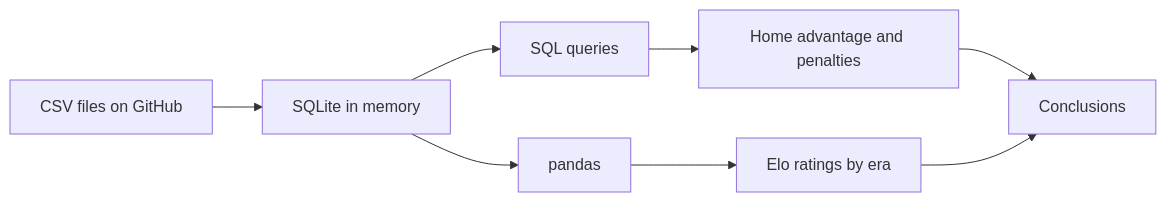
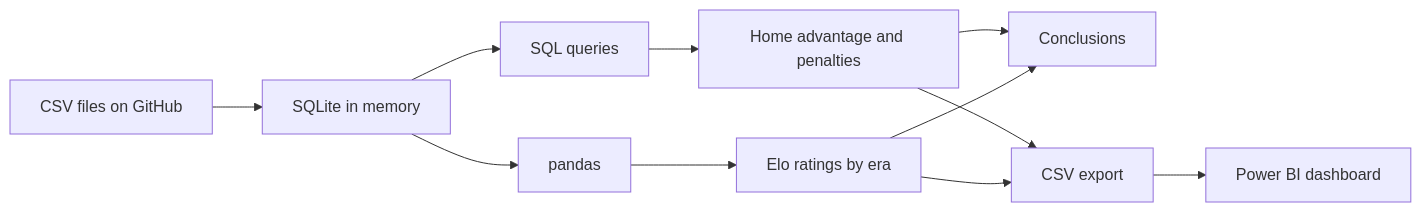
The diagram in README.md (m1taxx/international-football-analysis), drawn with Mermaid before and after one commit. The commit also changed other lines of this file, not shown here.

First line of the commit message:
Enhance README with Power BI and analysis details

````diff
--- a/README.md
+++ b/README.md
@@ -52,10 +79,13 @@
 ```mermaid
 flowchart LR
     A[CSV files on GitHub] --> B[SQLite in memory]
     B --> C[SQL queries]
     B --> D[pandas]
     C --> E[Home advantage and penalties]
     D --> F[Elo ratings by era]
     E --> G[Conclusions]
     F --> G
+    E --> H[CSV export]
+    F --> H
+    H --> I[Power BI dashboard]
 ```
````
